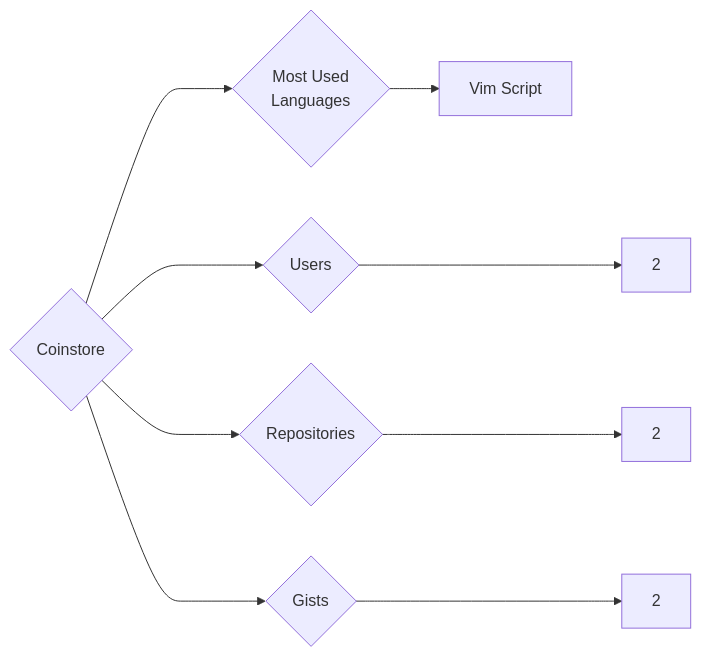
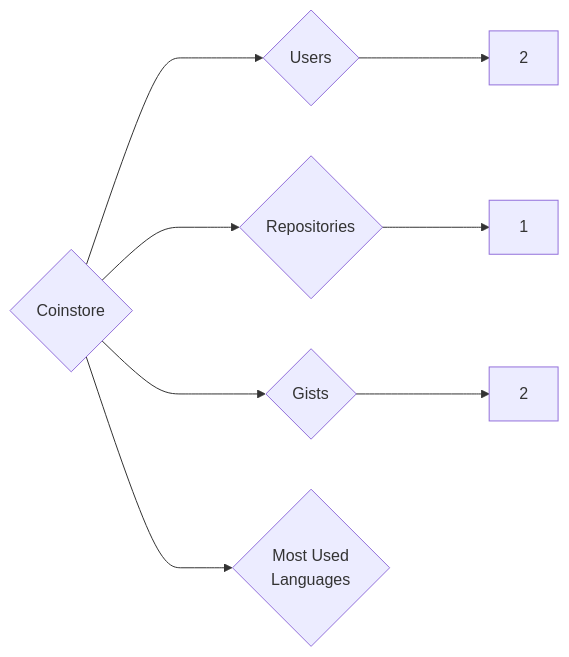
Before and after one commit to trickest/insiders: the diagram in targets/Coinstore/README.md, drawn with Mermaid. The commit also changed 1212 other files, not shown here.

````diff
--- a/targets/Coinstore/README.md
+++ b/targets/Coinstore/README.md
@@ -3,9 +3,8 @@
 ```mermaid
 graph LR
 COMPANY_NAME{Coinstore}
 COMPANY_NAME ---> U{Users} ---> UN[2]
-COMPANY_NAME ---> R{Repositories} ---> RN[2]
+COMPANY_NAME ---> R{Repositories} ---> RN[1]
 COMPANY_NAME ---> G{Gists} ---> GN[2]
 COMPANY_NAME ---> ML{Most Used<br>Languages}
-ML --> Vim_Script[Vim Script]
 ```
````
